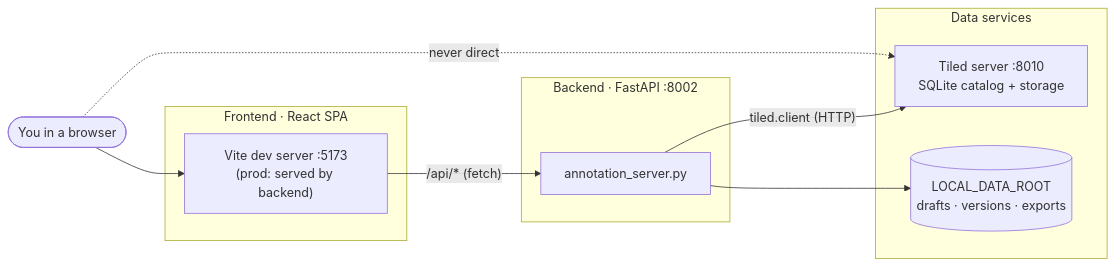
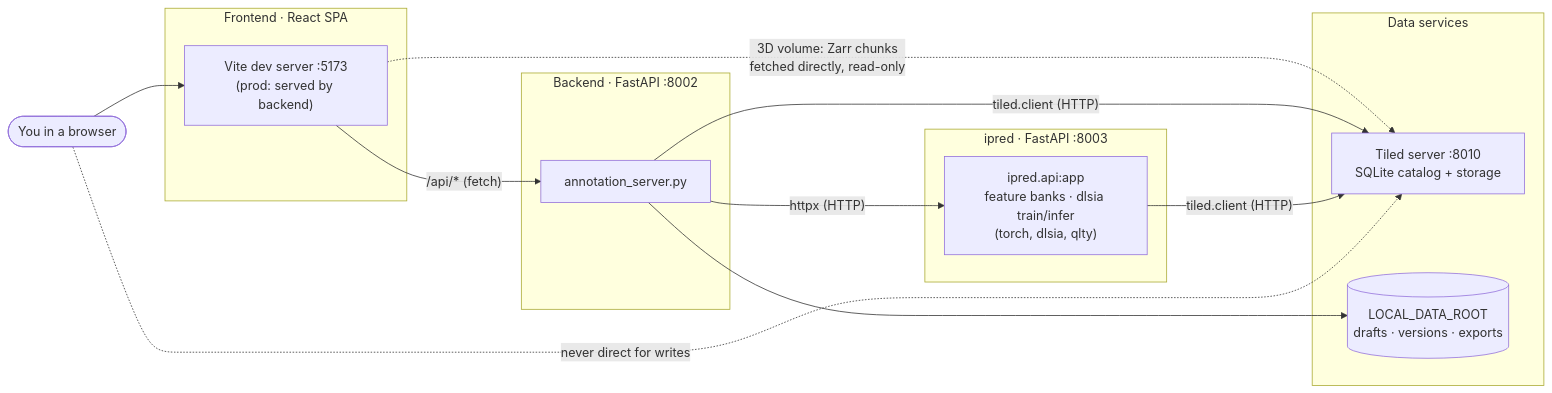
One commit to mlexchange/Segmentation_Annotation_Studio changed the first of 13 diagrams in docs/reference/architecture.md. Above: the diagram before and after it, drawn with Mermaid. The commit also changed other lines of this file and 7 other files, not shown here.

````diff
--- a/docs/reference/architecture.md
+++ b/docs/reference/architecture.md
@@ -17,23 +19,30 @@
 ```mermaid
 graph LR
   User([You in a browser])
 
   subgraph Frontend["Frontend · React SPA"]
     FE["Vite dev server :5173<br/>(prod: served by backend)"]
   end
 
   subgraph Backend["Backend · FastAPI :8002"]
     API["annotation_server.py"]
   end
 
+  subgraph Ipred["ipred · FastAPI :8003"]
+    IpredAPI["ipred.api:app<br/>feature banks · dlsia train/infer<br/>(torch, dlsia, qlty)"]
+  end
+
   subgraph Data["Data services"]
     Tiled["Tiled server :8010<br/>SQLite catalog + storage"]
     Disk[("LOCAL_DATA_ROOT<br/>drafts · versions · exports")]
   end
 
   User --> FE
   FE -->|"/api/* (fetch)"| API
+  FE -.->|"3D volume: Zarr chunks<br/>fetched directly, read-only"| Tiled
   API -->|"tiled.client (HTTP)"| Tiled
+  API -->|"httpx (HTTP)"| IpredAPI
+  IpredAPI -->|"tiled.client (HTTP)"| Tiled
   API --> Disk
-  User -. never direct .-> Tiled
+  User -. never direct for writes .-> Tiled
 ```
````
